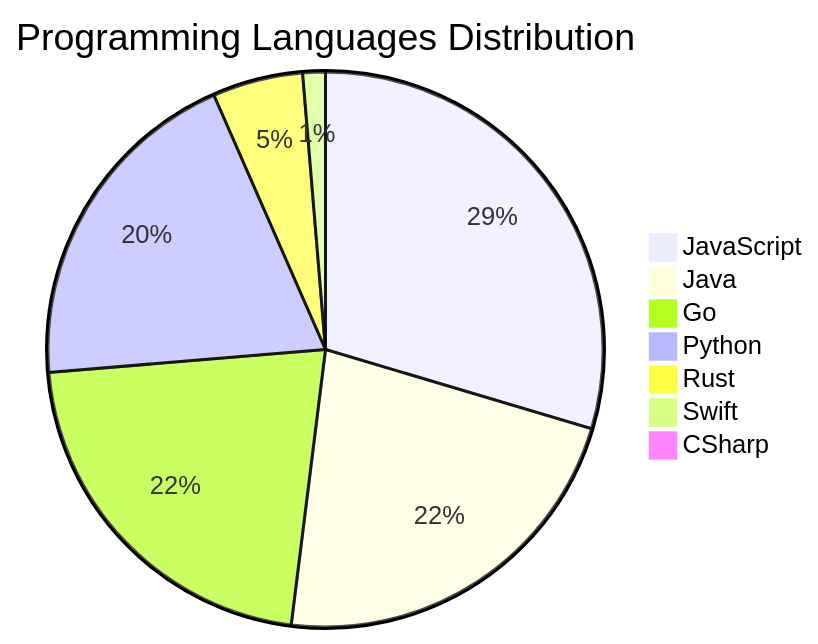
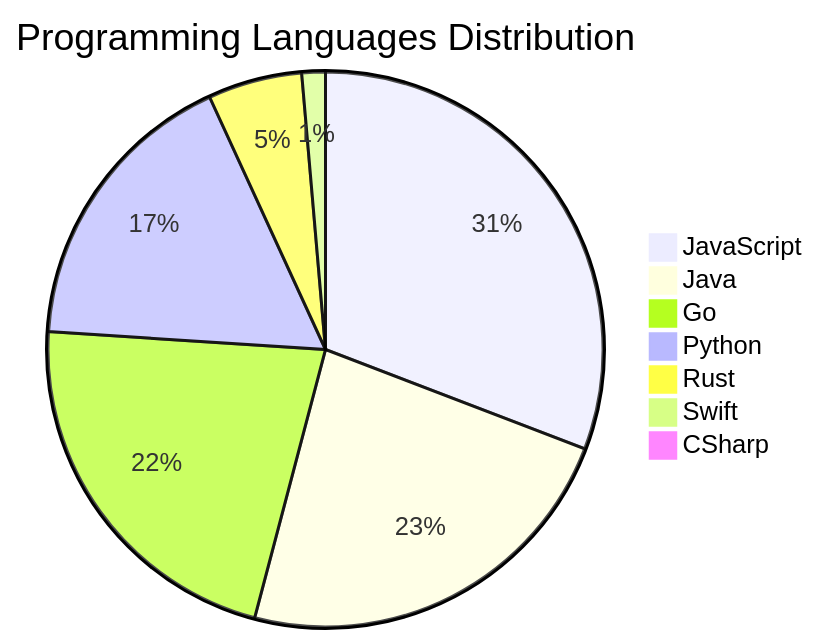
One commit to Derrick-MUGISHA/github-activity-bot changed the diagram in README.md. Above: the diagram before and after it, drawn with Mermaid. The commit also changed other lines of this file and 4 other files, not shown here.

````diff
--- a/README.md
+++ b/README.md
@@ -207,10 +207,10 @@
 ```mermaid
 pie title Programming Languages Distribution
     "JavaScript" : 45
     "Java" : 34
-    "Go" : 33
-    "Python" : 30
+    "Go" : 32
+    "Python" : 25
     "Rust" : 8
     "Swift" : 2
     "CSharp" : 1
 ```
````
